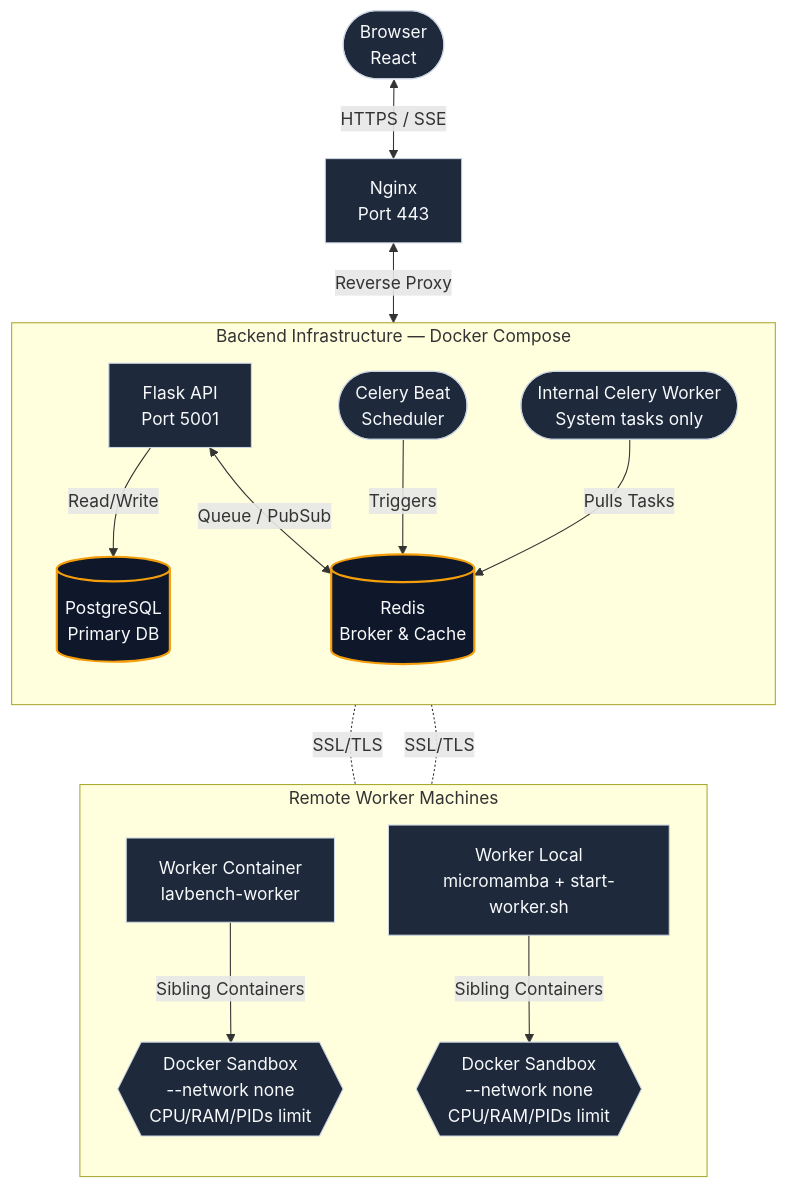
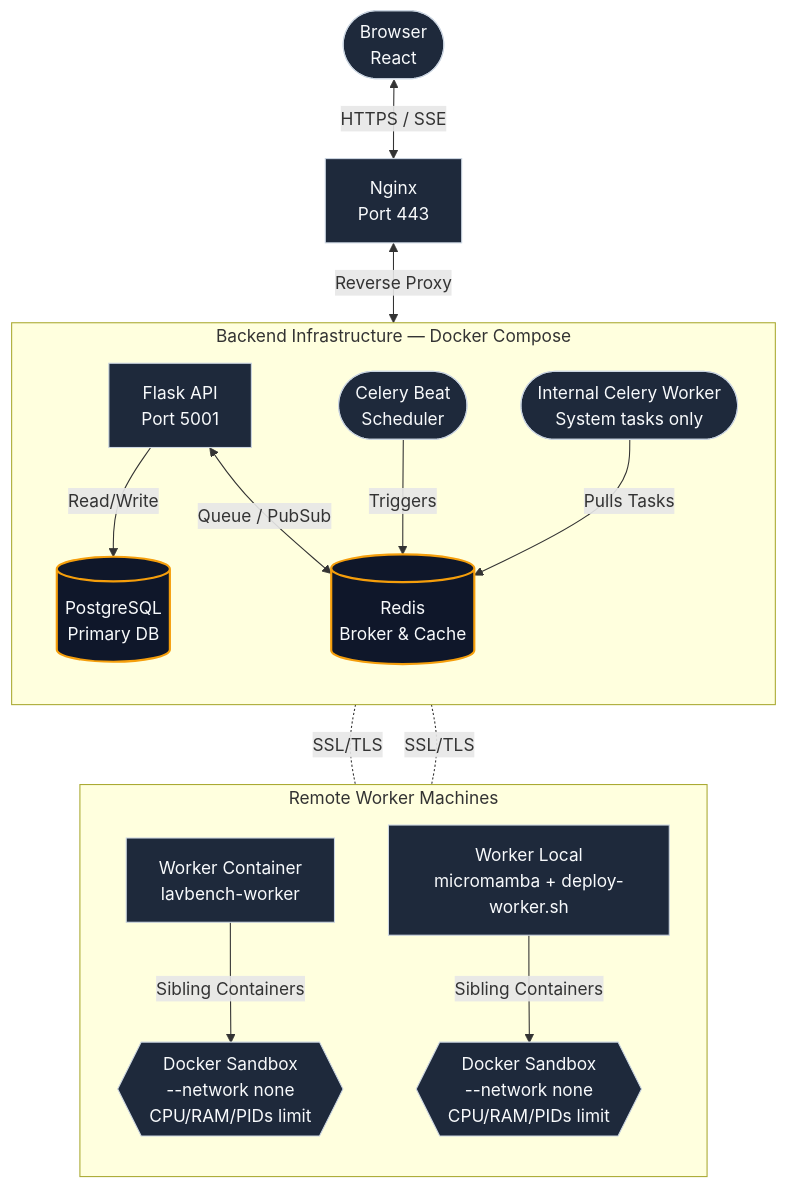
The diagram in README.md (delyan-boychev/lavbench), drawn with Mermaid before and after one commit. The commit also changed other lines of this file and 14 other files, not shown here.

Commit message:
refactor: clean worker deployment flow — setup-worker + deploy-worker only (#41)

````diff
--- a/README.md
+++ b/README.md
@@ -60,31 +60,31 @@
 ```mermaid
 flowchart TD
     %% Client & Gateway
     Client([Browser<br>React]) <-->|HTTPS / SSE| Nginx[Nginx<br>Port 443]
     Nginx <-->|Reverse Proxy| API[Flask API<br>Port 5001]
 
     %% Core Data & Message Broker
     subgraph Core [Backend Infrastructure — Docker Compose]
         direction TB
         API -->|Read/Write| DB[(PostgreSQL<br>Primary DB)]
         API <-->|Queue / PubSub| Redis[(Redis<br>Broker & Cache)]
         Beat([Celery Beat<br>Scheduler]) -->|Triggers| Redis
         Internal([Internal Celery Worker<br>System tasks only]) -->|Pulls Tasks| Redis
     end
 
     %% Remote Worker Nodes
     subgraph Remote [Remote Worker Machines]
         direction TB
         W1[Worker Container<br>lavbench-worker] -->|Sibling Containers| S1{{Docker Sandbox<br>--network none<br>CPU/RAM/PIDs limit}}
-        W2[Worker Local<br>micromamba + start-worker.sh] -->|Sibling Containers| S2{{Docker Sandbox<br>--network none<br>CPU/RAM/PIDs limit}}
+        W2[Worker Local<br>micromamba + deploy-worker.sh] -->|Sibling Containers| S2{{Docker Sandbox<br>--network none<br>CPU/RAM/PIDs limit}}
     end
 
     %% Connections from Redis to Workers
     Redis -.-|SSL/TLS| W1
     Redis -.-|SSL/TLS| W2
 
     %% Styling
     classDef default fill:#1e293b,stroke:#cbd5e1,stroke-width:1px,color:#f8fafc;
     classDef database fill:#0f172a,stroke:#f59e0b,stroke-width:2px,color:#f8fafc;
     class DB,Redis database;
 ```
````
